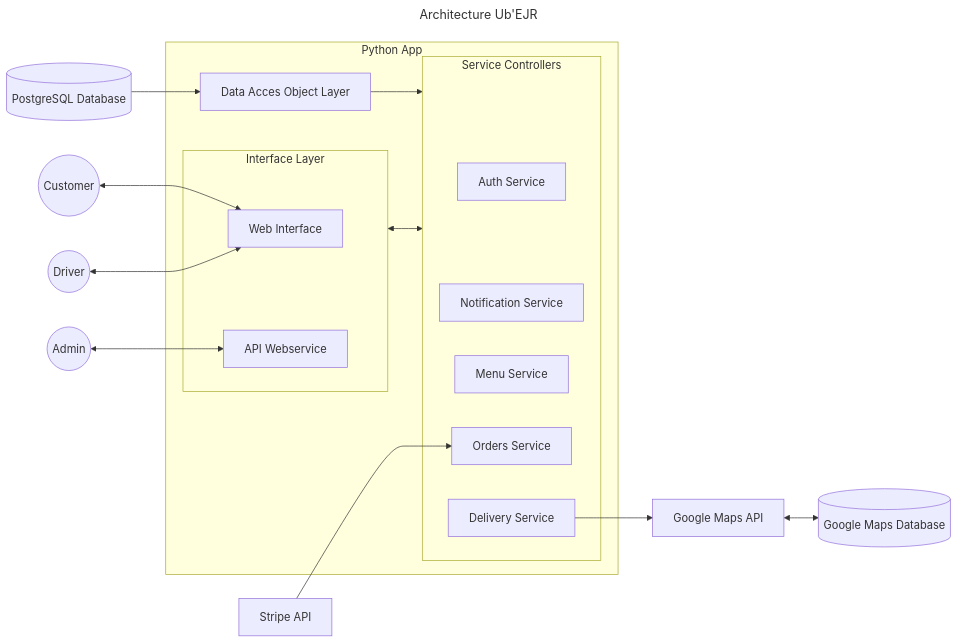
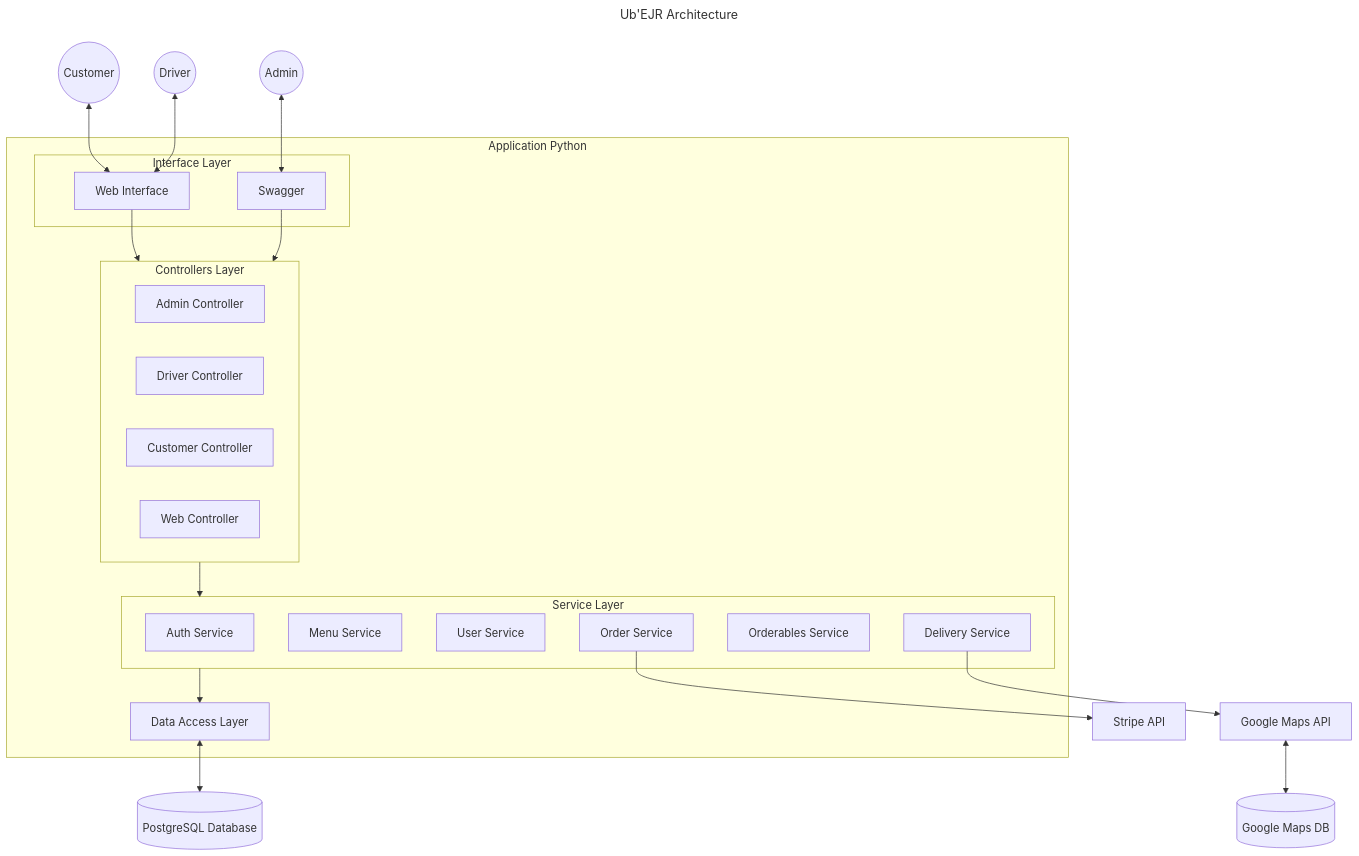
One commit to WandrilleDorchies/Projet2A_UbEJR changed the diagram in ARCHITECTURE.md. Above: the diagram before and after it, drawn with Mermaid.

Commit message:
update architecture diagram

````diff
--- a/ARCHITECTURE.md
+++ b/ARCHITECTURE.md
@@ -3,35 +3,42 @@
 ```mermaid
 ---
-title: Architecture Ub'EJR
 config:
   layout: dagre
+title: Ub'EJR Architecture
 ---
-flowchart LR
- subgraph Services["Service Controllers"]
-        AUTH["Auth Service"]
-        NOTIF["Notification Service"]
-        MENU["Menu Service"]
-        ORDR["Orders Service"]
-        DELIV["Delivery Service"]
-  end
+flowchart TB
  subgraph Interfaces["Interface Layer"]
         WEB["Web Interface"]
-        API["API Webservice"]
+        API["Swagger"]
   end
- subgraph PythonApp["Python App"]
-        DAO["Data Acces Object Layer"]
+ subgraph Controllers["Controllers Layer"]
+        ADM_CTRL["Admin Controller"]
+        MEL_CTRL["Driver Controller"]
+        CUS_CTRL["Customer Controller"]
+        WEB_CTRL["Web Controller"]
+  end
+ subgraph Services["Service Layer"]
+        AUTH_SVC["Auth Service"]
+        MENU_SVC["Menu Service"]
+        USER_SVC["User Service"]
+        ORDER_SVC["Order Service"]
+        ORDERA_SVC["Orderables Service"]
+        DELIV_SVC["Delivery Service"]
+  end
+ subgraph PythonApp["Application Python"]
+        Interfaces
+        Controllers
         Services
-        Interfaces
+        DAO["Data Access Layer"]
   end
-    STRIPE["Stripe API"] --> ORDR
-    ADM(("Admin")) <--> API
     CUS(("Customer")) <--> WEB
     DEL(("Driver")) <--> WEB
-    DAO --> Services
-    DELIV --> GMAPI["Google Maps API"]
-    GMAPI <--> GMDB[("Google Maps Database")]
-    Interfaces <--> Services
-    DB[("PostgreSQL Database")] --> DAO
-
-
+    ADM(("Admin")) <--> API
+    WEB --> Controllers
+    API --> Controllers
+    Controllers --> Services
+    Services --> DAO
+    DAO <--> DB[("PostgreSQL Database")]
+    ORDER_SVC --> STRIPE["Stripe API"]
+    DELIV_SVC --> GMAPI["Google Maps API"] <--> GMDB[("Google Maps DB")]
 ```
````
